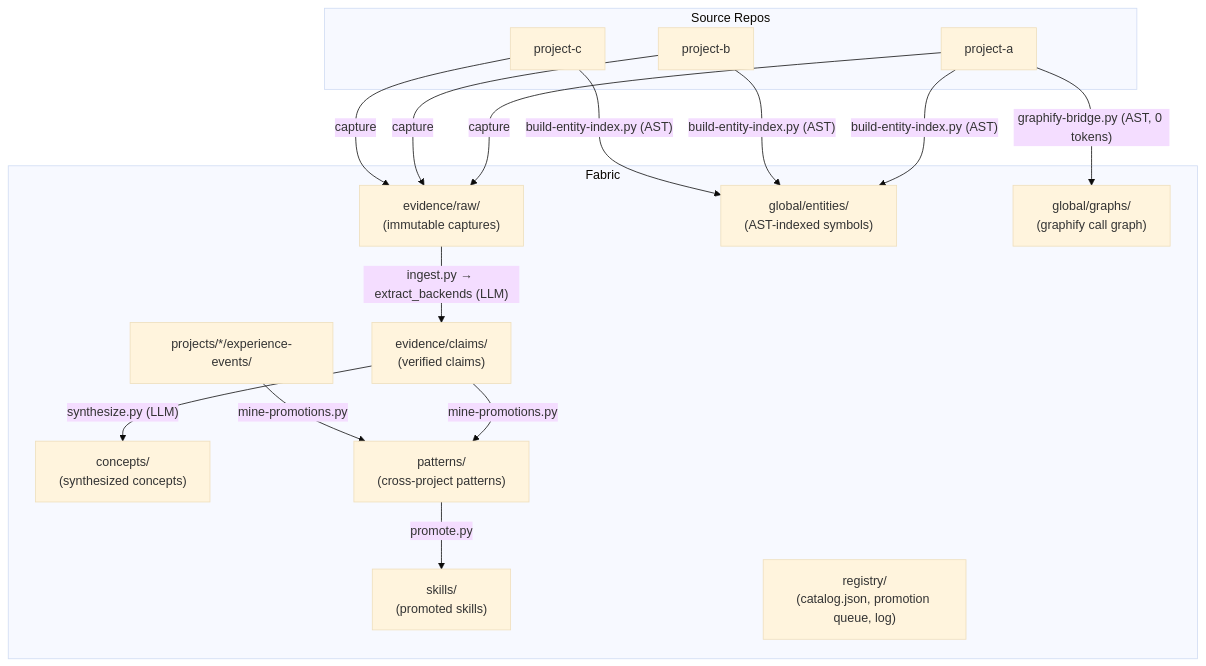
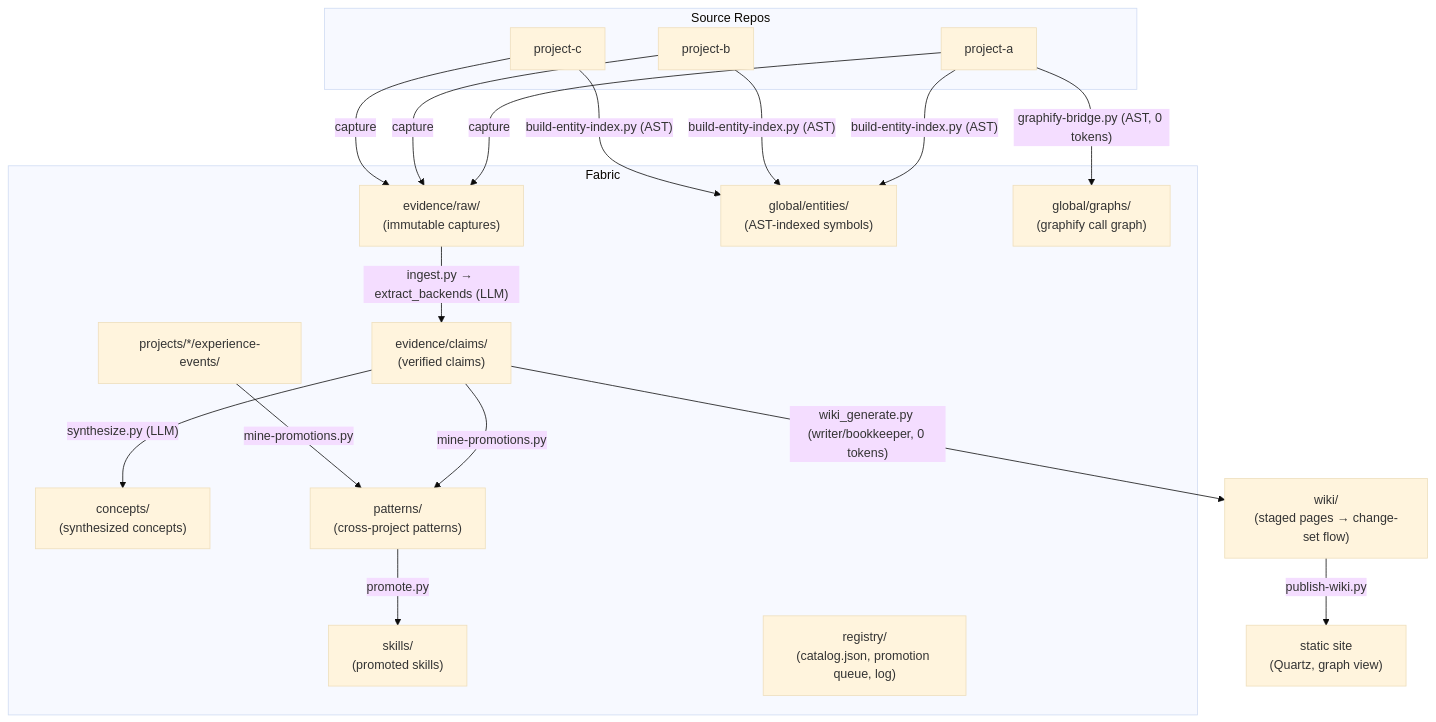
One commit to hybridindie/wiki-fabric changed the diagram in docs/site/architecture.md. Above: the diagram before and after it, drawn with Mermaid (base theme). The commit also changed other lines of this file and 13 other files, not shown here.

````diff
--- a/docs/site/architecture.md
+++ b/docs/site/architecture.md
@@ -36,29 +36,31 @@
 ```mermaid
 graph TB
     subgraph "Source Repos"
         R1["project-a"]
         R2["project-b"]
         R3["project-c"]
     end
 
     subgraph "Fabric"
         RAW["evidence/raw/<br/>(immutable captures)"]
         CLAIMS["evidence/claims/<br/>(verified claims)"]
         CONCEPTS["concepts/<br/>(synthesized concepts)"]
         PATTERNS["patterns/<br/>(cross-project patterns)"]
         SKILLS["skills/<br/>(promoted skills)"]
         EVENTS["projects/*/experience-events/"]
         ENTITIES["global/entities/<br/>(AST-indexed symbols)"]
         GRAPHS["global/graphs/<br/>(graphify call graph)"]
         REGISTRY["registry/<br/>(catalog.json, promotion queue, log)"]
     end
 
     R1 & R2 & R3 -->|capture| RAW
     RAW -->|"ingest.py → extract_backends (LLM)"| CLAIMS
     CLAIMS -->|"synthesize.py (LLM)"| CONCEPTS
     CLAIMS -->|"mine-promotions.py"| PATTERNS
     PATTERNS -->|"promote.py"| SKILLS
     R1 & R2 & R3 -->|"build-entity-index.py (AST)"| ENTITIES
     R1 -->|"graphify-bridge.py (AST, 0 tokens)"| GRAPHS
     EVENTS -->|"mine-promotions.py"| PATTERNS
+    CLAIMS -->|"wiki_generate.py (writer/bookkeeper, 0 tokens)"| WIKI["wiki/<br/>(staged pages → change-set flow)"]
+    WIKI -->|"publish-wiki.py"| SITE["static site<br/>(Quartz, graph view)"]
 ```
````
